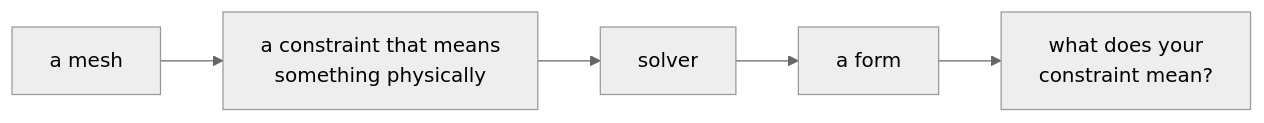
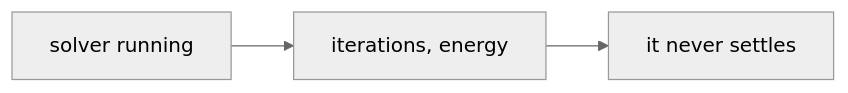
The fourth of 4 diagrams in Lecture/Week_13/goals.md (rccn-teaching/cdf), drawn with Mermaid (neutral theme) before and after one commit. The commit also changed other lines of this file and 23 other files, not shown here.

Commit message:
Refactor lecture materials for Weeks 13-15: update README and goals to enhance clarity and structure; adjust session objectives and commands; improve flowcharts and voting processes for better engagement and understanding.

````diff
--- a/Lecture/Week_13/goals.md
+++ b/Lecture/Week_13/goals.md
@@ -49,7 +78,7 @@
 ```mermaid
 flowchart LR
-    M["a mesh"] --> C["a constraint that means<br/>something physically"]
-    C --> S["solver"]
-    S --> R["a form"]
-    R --> J["what does your<br/>constraint mean?"]
+    K0["solver running"]
+    I1["iterations, energy"]
+    X2["it never settles"]
+    K0 --> I1 --> X2
 ```
````
